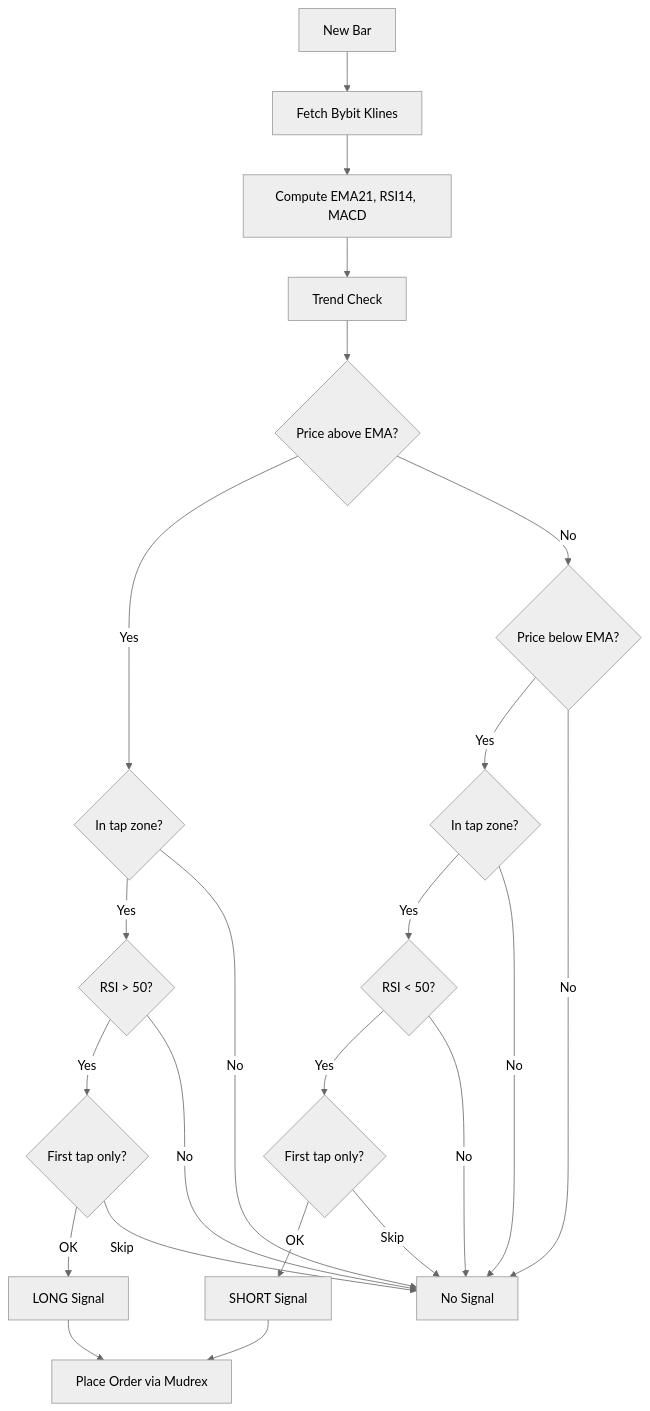
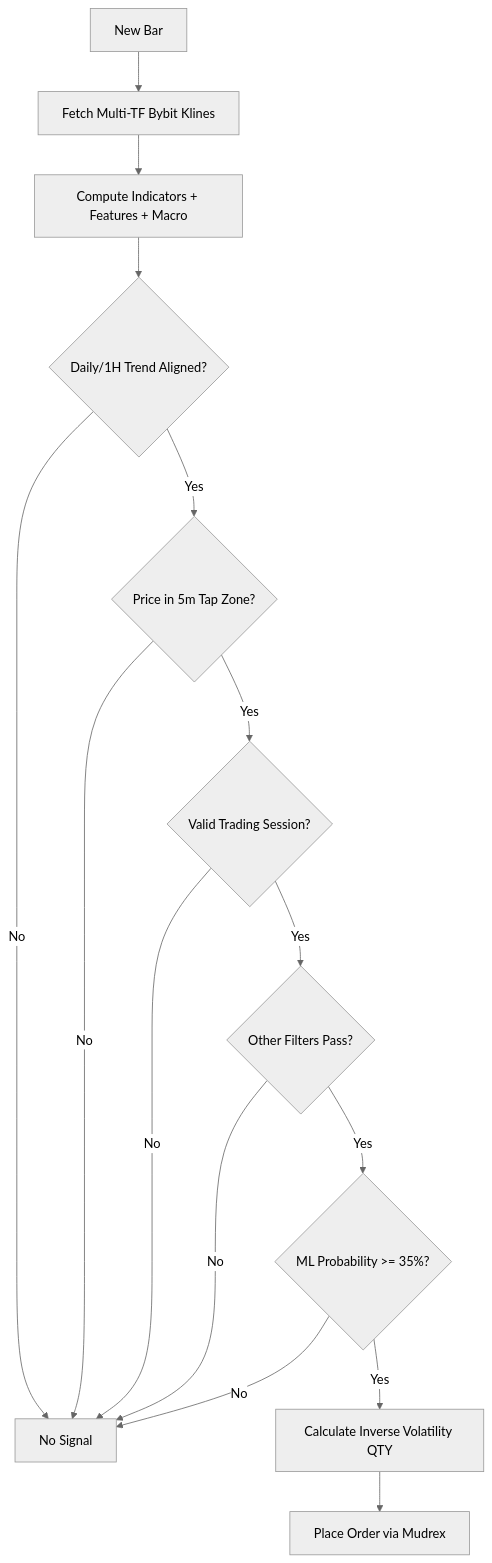
Before and after one commit to DecentralizedJM/XAUT-EMA-Pullback-Strategy: the third of 4 diagrams in README.md, drawn with Mermaid (neutral theme). The commit also changed other lines of this file and 17 other files, not shown here.

````diff
--- a/README.md
+++ b/README.md
@@ -83,34 +104,23 @@
 ```mermaid
 flowchart TD
-    Start[New Bar] --> FetchOHLCV[Fetch Bybit Klines]
-    FetchOHLCV --> ComputeIndicators[Compute EMA21, RSI14, MACD]
-    ComputeIndicators --> CheckTrend[Trend Check]
+    Start[New Bar] --> FetchOHLCV[Fetch Multi-TF Bybit Klines]
+    FetchOHLCV --> ComputeIndicators[Compute Indicators + Features + Macro]
 
-    CheckTrend --> LongCondition{Price above EMA?}
-    LongCondition -->|Yes| LongTap{In tap zone?}
-    LongCondition -->|No| ShortCondition{Price below EMA?}
+    ComputeIndicators --> MacroCheck{Daily/1H Trend Aligned?}
+    MacroCheck -->|Yes| PullbackCheck{Price in 5m Tap Zone?}
+    MacroCheck -->|No| NoSignal[No Signal]
 
-    LongTap -->|Yes| LongRSI{RSI > 50?}
-    LongTap -->|No| NoSignal[No Signal]
+    PullbackCheck -->|Yes| SessionCheck{Valid Trading Session?}
+    PullbackCheck -->|No| NoSignal
 
-    LongRSI -->|Yes| LongFirstTap{First tap only?}
-    LongRSI -->|No| NoSignal
+    SessionCheck -->|Yes| FilterStack{Other Filters Pass?}
+    SessionCheck -->|No| NoSignal
 
-    LongFirstTap -->|OK| LongSignal[LONG Signal]
-    LongFirstTap -->|Skip| NoSignal
+    FilterStack -->|Yes| MLGate{ML Probability >= 35%?}
+    FilterStack -->|No| NoSignal
 
-    ShortCondition -->|Yes| ShortTap{In tap zone?}
-    ShortCondition -->|No| NoSignal
+    MLGate -->|Yes| PositionSizing[Calculate Inverse Volatility QTY]
+    MLGate -->|No| NoSignal
 
-    ShortTap -->|Yes| ShortRSI{RSI < 50?}
-    ShortTap -->|No| NoSignal
-
-    ShortRSI -->|Yes| ShortFirstTap{First tap only?}
-    ShortRSI -->|No| NoSignal
-
-    ShortFirstTap -->|OK| ShortSignal[SHORT Signal]
-    ShortFirstTap -->|Skip| NoSignal
-
-    LongSignal --> PlaceOrder[Place Order via Mudrex]
-    ShortSignal --> PlaceOrder
+    PositionSizing --> PlaceOrder[Place Order via Mudrex]
 ```
````
